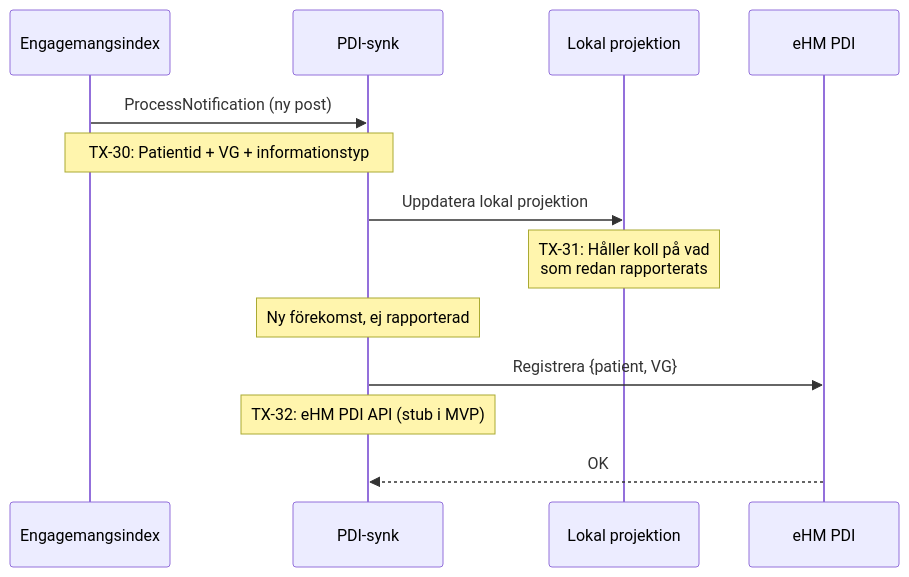
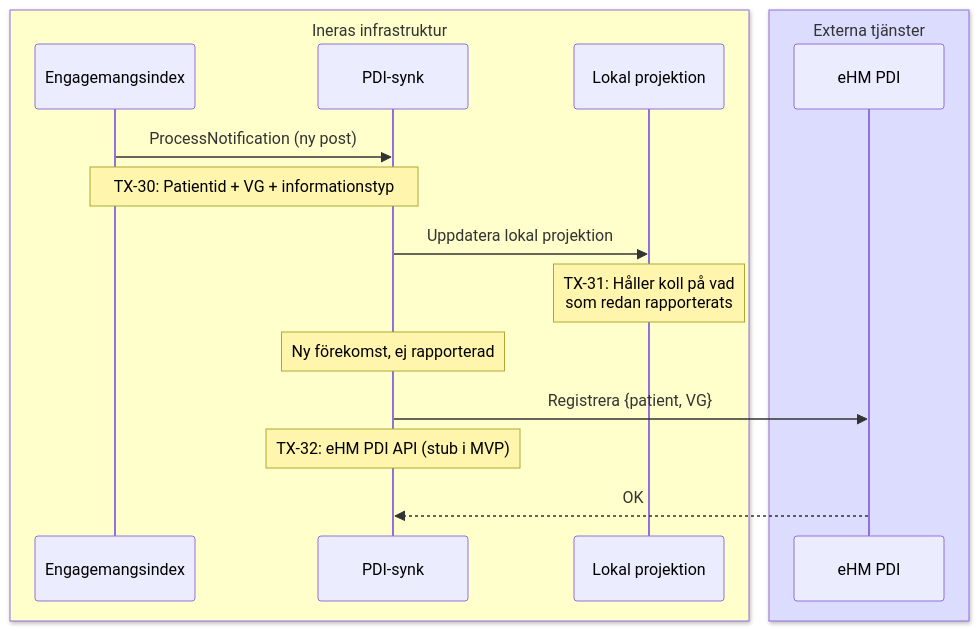
The seventh of 9 diagrams in T2/EHDS-brygga/losningsarkitektur-mvp-ehds.md (oskthu2/inera), drawn with Mermaid before and after one commit. The commit also changed other lines of this file, not shown here.

First line of the commit message:
Lägg till färgade boxar i alla Mermaid-diagram

````diff
--- a/T2/EHDS-brygga/losningsarkitektur-mvp-ehds.md
+++ b/T2/EHDS-brygga/losningsarkitektur-mvp-ehds.md
@@ -326,19 +350,23 @@
 ```mermaid
 sequenceDiagram
-    participant EI as Engagemangsindex
-    participant PS as PDI-synk
-    participant PROJ as Lokal projektion
-    participant eHM_PDI as eHM PDI
+    box rgb(255,255,204) Ineras infrastruktur
+        participant EI as Engagemangsindex
+        participant PS as PDI-synk
+        participant PROJ as Lokal projektion
+    end
+    box rgb(220,220,255) Externa tjänster
+        participant eHM_PDI as eHM PDI
+    end
 
     EI->>PS: ProcessNotification (ny post)
     Note over EI,PS: TX-30: Patientid + VG + informationstyp
 
     PS->>PROJ: Uppdatera lokal projektion
     Note over PROJ: TX-31: Håller koll på vad<br/>som redan rapporterats
 
     Note over PS: Ny förekomst, ej rapporterad
 
     PS->>eHM_PDI: Registrera {patient, VG}
     Note over PS: TX-32: eHM PDI API (stub i MVP)
     eHM_PDI-->>PS: OK
 ```
````
